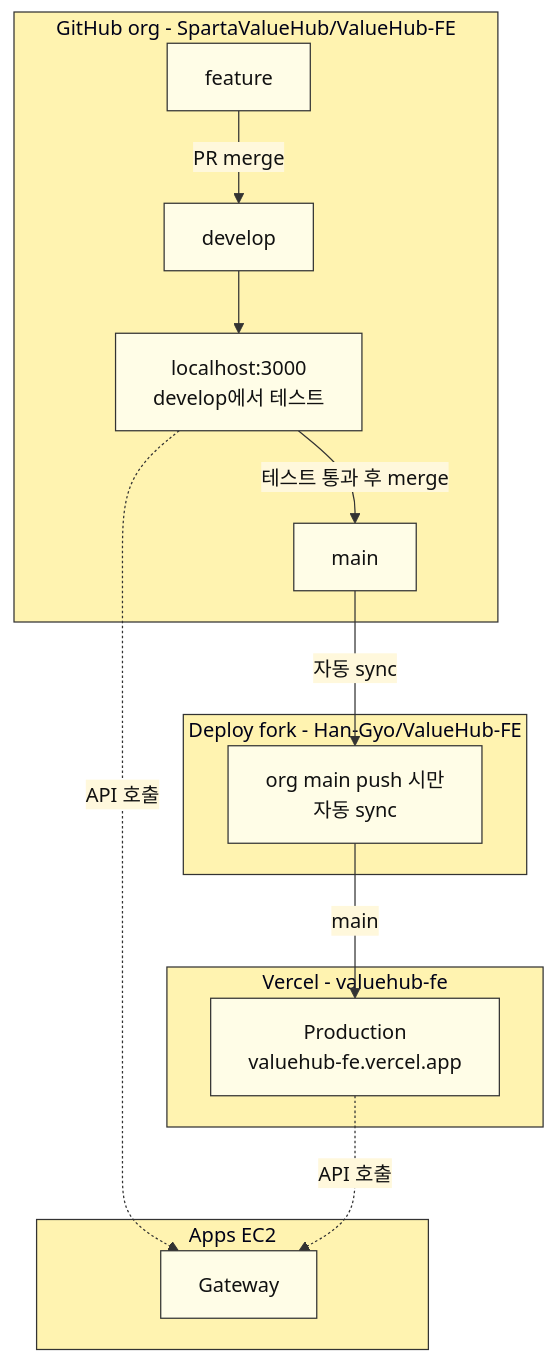
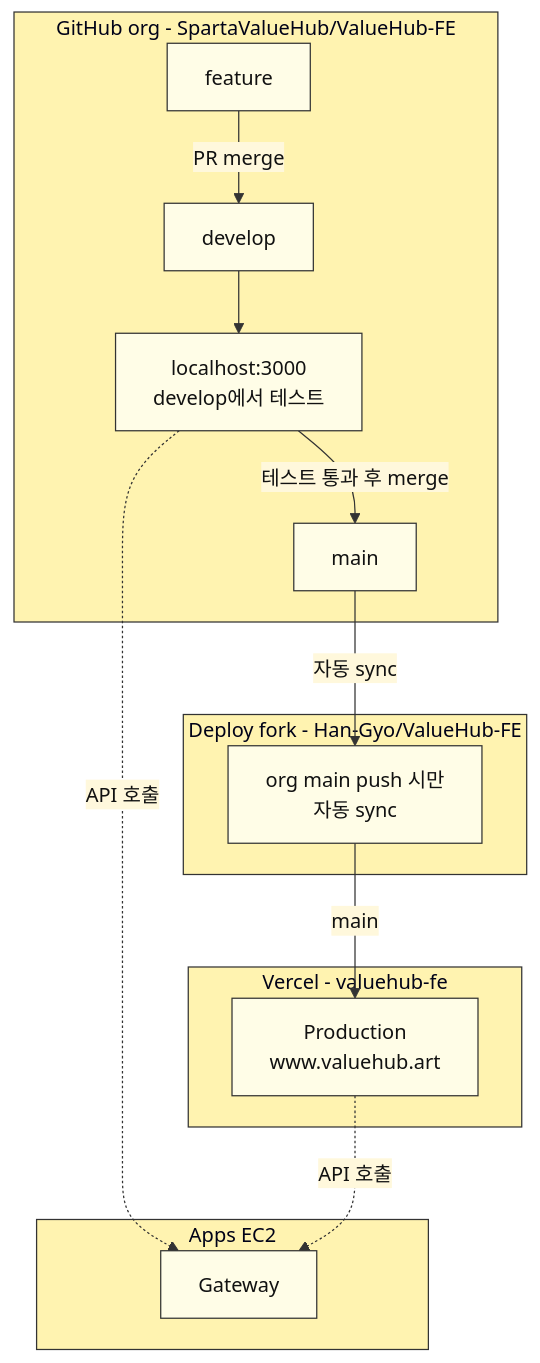
The first of 6 diagrams in docs/vercel-deploy-team-notice.md (SpartaValueHub/ValueHub-FE), drawn with Mermaid before and after one commit. The commit also changed other lines of this file, not shown here.

Commit message:
docs: 운영 URL을 www.valuehub.art 로 변경

````diff
--- a/docs/vercel-deploy-team-notice.md
+++ b/docs/vercel-deploy-team-notice.md
@@ -37,45 +37,45 @@
 ```mermaid
 %%{init: {
   "theme": "base",
   "themeVariables": {
     "primaryColor": "#FFF3B0",
     "primaryTextColor": "#111",
     "primaryBorderColor": "#333",
     "lineColor": "#333",
     "secondaryColor": "#FFF8DC",
     "tertiaryColor": "#FFFDE7",
     "clusterBkg": "#FFF3B0",
     "clusterBorder": "#333"
   }
 }}%%
 flowchart TB
   subgraph Org["GitHub org - SpartaValueHub/ValueHub-FE"]
     FEAT["feature"]
     DEV["develop"]
     LOCAL["localhost:3000<br/>develop에서 테스트"]
     MAIN["main"]
     FEAT -->|PR merge| DEV
     DEV --> LOCAL
     LOCAL -->|테스트 통과 후 merge| MAIN
   end
 
   subgraph Fork["Deploy fork - Han-Gyo/ValueHub-FE"]
     SYNC["org main push 시만<br/>자동 sync"]
   end
 
   subgraph Vercel["Vercel - valuehub-fe"]
-    PROD["Production<br/>valuehub-fe.vercel.app"]
+    PROD["Production<br/>www.valuehub.art"]
   end
 
   subgraph EC2["Apps EC2"]
     GW["Gateway"]
   end
 
   LOCAL -.->|API 호출| GW
   MAIN -->|자동 sync| SYNC
   SYNC -->|main| PROD
   PROD -.->|API 호출| GW
 
   classDef node fill:#FFFDE7,stroke:#333,color:#111;
   class FEAT,DEV,LOCAL,MAIN,SYNC,PROD,GW node;
 ```
````
